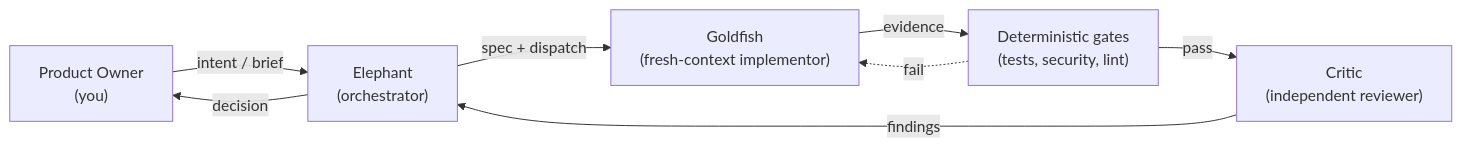
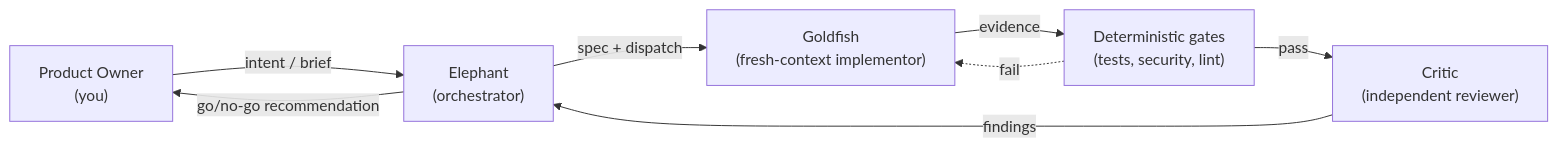
One commit to agent-pipe-shared/agent-pipeline changed the first of 2 diagrams in README.md. Above: the diagram before and after it, drawn with Mermaid. The commit also changed other lines of this file and 46 other files, not shown here.

````diff
--- a/README.md
+++ b/README.md
@@ -121,10 +102,10 @@
 ```mermaid
 flowchart LR
     PO["Product Owner<br/>(you)"] -->|"intent / brief"| Elephant["Elephant<br/>(orchestrator)"]
     Elephant -->|"spec + dispatch"| Goldfish["Goldfish<br/>(fresh-context implementor)"]
     Goldfish -->|"evidence"| Gates["Deterministic gates<br/>(tests, security, lint)"]
     Gates -.->|"fail"| Goldfish
     Gates -->|"pass"| Critic["Critic<br/>(independent reviewer)"]
     Critic -->|"findings"| Elephant
-    Elephant -->|"decision"| PO
+    Elephant -->|"go/no-go recommendation"| PO
 ```
````
